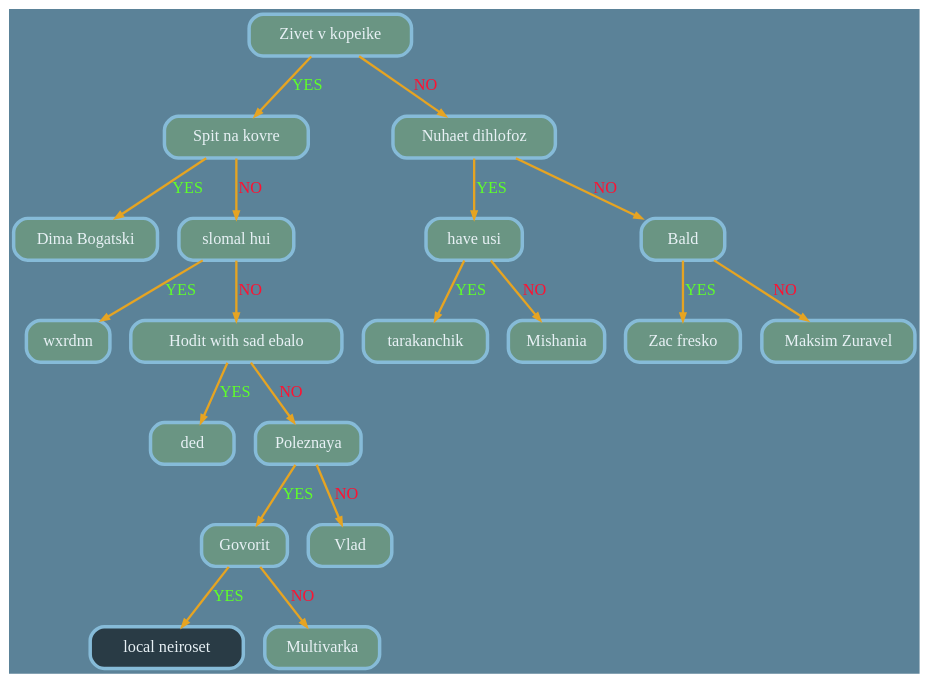
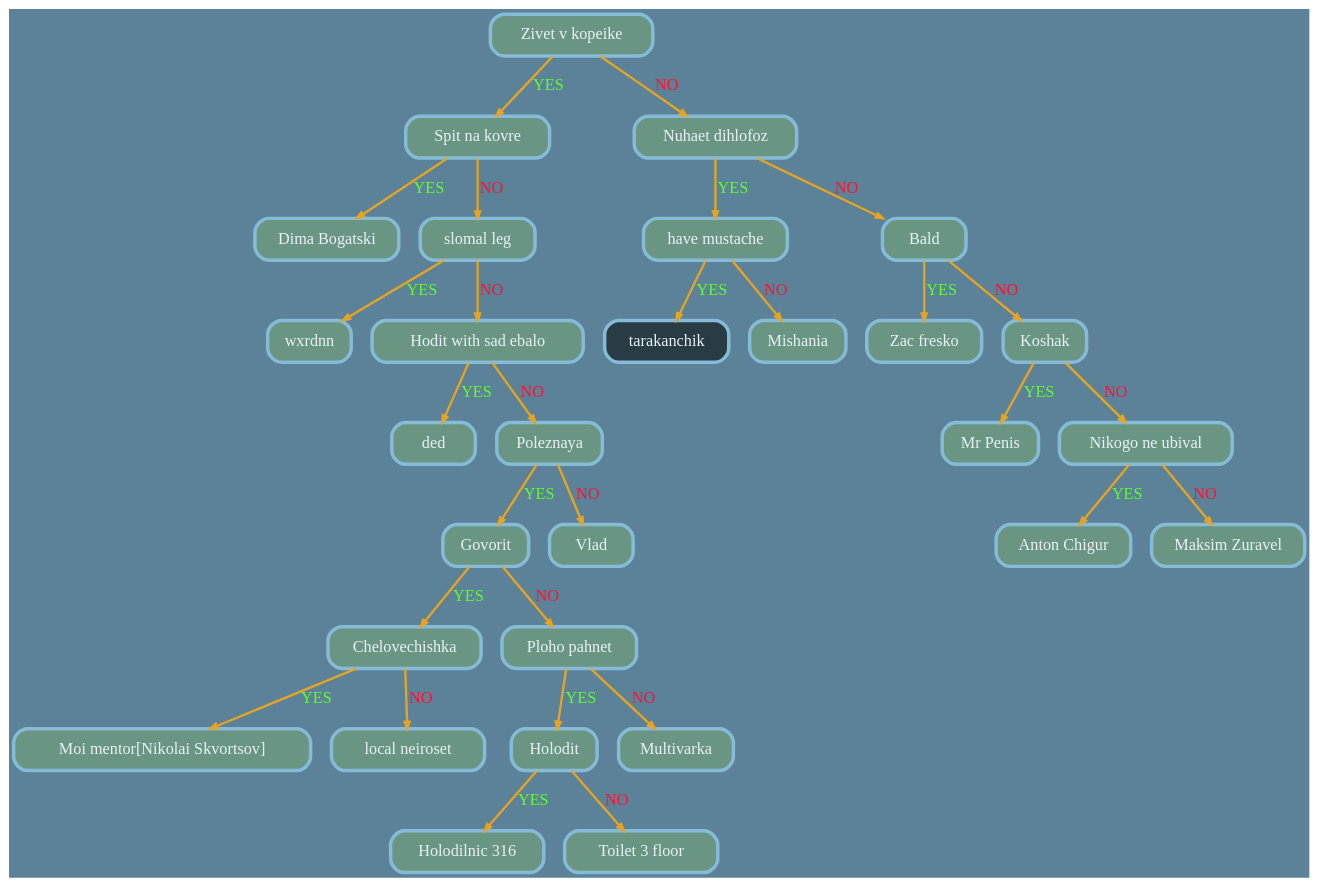
The diagram in out_files/akinator.dot (Knightususa/Tree), drawn with Graphviz before and after one commit. The commit also changed 13 other files, not shown here.

```diff
--- a/out_files/akinator.dot
+++ b/out_files/akinator.dot
@@ -1,51 +1,71 @@
 digraph G {
 splines = line
 	graph [bgcolor = "#5B8298"]
 	node [shape = record, fontname = "Consolas", style = "rounded, filled", height = 0.5, width = 1, color = "#86BBD8", fontcolor = "#E8F1F5", penwidth = 3]
 	edge [color = "#2F4858", fontcolor = "#2F4858", penwidth = 2, arrowsize = 0.6];
 
 
 	node [fillcolor = "#78a5728b"]
-	1697743591008 [label = "Zivet v kopeike"]
-	1697743591056 [label = "Spit na kovre"]
-	1697743589856 [label = "Dima Bogatski"]
-	1697743591152 [label = "slomal hui"]
-	1697743589424 [label = "wxrdnn"]
-	1697743591248 [label = "Hodit with sad ebalo"]
-	1697743589616 [label = "ded"]
-	1697743589952 [label = "Poleznaya"]
-	1697743589760 [label = "Govorit"]
+	2193539036832 [label = "Zivet v kopeike"]
+	2193539035488 [label = "Spit na kovre"]
+	2193539036880 [label = "Dima Bogatski"]
+	2193539035632 [label = "slomal leg"]
+	2193539036928 [label = "wxrdnn"]
+	2193539035920 [label = "Hodit with sad ebalo"]
+	2193539036160 [label = "ded"]
+	2193539035536 [label = "Poleznaya"]
+	2193539035728 [label = "Govorit"]
+	2193539035824 [label = "Chelovechishka"]
+	2193539036544 [label = "Moi mentor[Nikolai Skvortsov]"]
+	2193539035584 [label = "local neiroset"]
+	2193539036064 [label = "Ploho pahnet"]
+	2193539035680 [label = "Holodit"]
+	2193539036784 [label = "Holodilnic 316"]
+	2193539036112 [label = "Toilet 3 floor"]
+	2193539036448 [label = "Multivarka"]
+	2193539035392 [label = "Vlad"]
+	2193539037024 [label = "Nuhaet dihlofoz"]
+	2193539035296 [label = "have mustache"]
 
 	node [fillcolor = "#0000008b"]
-	1697743589664 [label = "local neiroset"]
+	2193539036208 [label = "tarakanchik"]
 
 	node [fillcolor = "#78a5728b"]
-	1697743590864 [label = "Multivarka"]
-	1697743590192 [label = "Vlad"]
-	1697743590000 [label = "Nuhaet dihlofoz"]
-	1697743589472 [label = "have usi"]
-	1697743589568 [label = "tarakanchik"]
-	1697743589712 [label = "Mishania"]
-	1697743590048 [label = "Bald"]
-	1697743590528 [label = "Zac fresko"]
-	1697743590960 [label = "Maksim Zuravel"]
+	2193539036352 [label = "Mishania"]
+	2193539036304 [label = "Bald"]
+	2193539036016 [label = "Zac fresko"]
+	2193539035872 [label = "Koshak"]
+	2193539035968 [label = "Mr Penis"]
+	2193539036256 [label = "Nikogo ne ubival"]
+	2193539035776 [label = "Anton Chigur"]
+	2193539036400 [label = "Maksim Zuravel"]
 
-	1697743591008 -> 1697743591056 [color = "#e6a422", label = "YES",  fontcolor = "#5fff29"];
-	1697743591008 -> 1697743590000 [color = "#e6a422", label = "NO", fontcolor = "#ff1131"];
-	1697743591056 -> 1697743589856 [color = "#e6a422", label = "YES",  fontcolor = "#5fff29"];
-	1697743591056 -> 1697743591152 [color = "#e6a422", label = "NO", fontcolor = "#ff1131"];
-	1697743591152 -> 1697743589424 [color = "#e6a422", label = "YES",  fontcolor = "#5fff29"];
-	1697743591152 -> 1697743591248 [color = "#e6a422", label = "NO", fontcolor = "#ff1131"];
-	1697743591248 -> 1697743589616 [color = "#e6a422", label = "YES",  fontcolor = "#5fff29"];
-	1697743591248 -> 1697743589952 [color = "#e6a422", label = "NO", fontcolor = "#ff1131"];
-	1697743589952 -> 1697743589760 [color = "#e6a422", label = "YES",  fontcolor = "#5fff29"];
-	1697743589952 -> 1697743590192 [color = "#e6a422", label = "NO", fontcolor = "#ff1131"];
-	1697743589760 -> 1697743589664 [color = "#e6a422", label = "YES",  fontcolor = "#5fff29"];
-	1697743589760 -> 1697743590864 [color = "#e6a422", label = "NO", fontcolor = "#ff1131"];
-	1697743590000 -> 1697743589472 [color = "#e6a422", label = "YES",  fontcolor = "#5fff29"];
-	1697743590000 -> 1697743590048 [color = "#e6a422", label = "NO", fontcolor = "#ff1131"];
-	1697743589472 -> 1697743589568 [color = "#e6a422", label = "YES",  fontcolor = "#5fff29"];
-	1697743589472 -> 1697743589712 [color = "#e6a422", label = "NO", fontcolor = "#ff1131"];
-	1697743590048 -> 1697743590528 [color = "#e6a422", label = "YES",  fontcolor = "#5fff29"];
-	1697743590048 -> 1697743590960 [color = "#e6a422", label = "NO", fontcolor = "#ff1131"];
+	2193539036832 -> 2193539035488 [color = "#e6a422", label = "YES",  fontcolor = "#5fff29"];
+	2193539036832 -> 2193539037024 [color = "#e6a422", label = "NO", fontcolor = "#ff1131"];
+	2193539035488 -> 2193539036880 [color = "#e6a422", label = "YES",  fontcolor = "#5fff29"];
+	2193539035488 -> 2193539035632 [color = "#e6a422", label = "NO", fontcolor = "#ff1131"];
+	2193539035632 -> 2193539036928 [color = "#e6a422", label = "YES",  fontcolor = "#5fff29"];
+	2193539035632 -> 2193539035920 [color = "#e6a422", label = "NO", fontcolor = "#ff1131"];
+	2193539035920 -> 2193539036160 [color = "#e6a422", label = "YES",  fontcolor = "#5fff29"];
+	2193539035920 -> 2193539035536 [color = "#e6a422", label = "NO", fontcolor = "#ff1131"];
+	2193539035536 -> 2193539035728 [color = "#e6a422", label = "YES",  fontcolor = "#5fff29"];
+	2193539035536 -> 2193539035392 [color = "#e6a422", label = "NO", fontcolor = "#ff1131"];
+	2193539035728 -> 2193539035824 [color = "#e6a422", label = "YES",  fontcolor = "#5fff29"];
+	2193539035728 -> 2193539036064 [color = "#e6a422", label = "NO", fontcolor = "#ff1131"];
+	2193539035824 -> 2193539036544 [color = "#e6a422", label = "YES",  fontcolor = "#5fff29"];
+	2193539035824 -> 2193539035584 [color = "#e6a422", label = "NO", fontcolor = "#ff1131"];
+	2193539036064 -> 2193539035680 [color = "#e6a422", label = "YES",  fontcolor = "#5fff29"];
+	2193539036064 -> 2193539036448 [color = "#e6a422", label = "NO", fontcolor = "#ff1131"];
+	2193539035680 -> 2193539036784 [color = "#e6a422", label = "YES",  fontcolor = "#5fff29"];
+	2193539035680 -> 2193539036112 [color = "#e6a422", label = "NO", fontcolor = "#ff1131"];
+	2193539037024 -> 2193539035296 [color = "#e6a422", label = "YES",  fontcolor = "#5fff29"];
+	2193539037024 -> 2193539036304 [color = "#e6a422", label = "NO", fontcolor = "#ff1131"];
+	2193539035296 -> 2193539036208 [color = "#e6a422", label = "YES",  fontcolor = "#5fff29"];
+	2193539035296 -> 2193539036352 [color = "#e6a422", label = "NO", fontcolor = "#ff1131"];
+	2193539036304 -> 2193539036016 [color = "#e6a422", label = "YES",  fontcolor = "#5fff29"];
+	2193539036304 -> 2193539035872 [color = "#e6a422", label = "NO", fontcolor = "#ff1131"];
+	2193539035872 -> 2193539035968 [color = "#e6a422", label = "YES",  fontcolor = "#5fff29"];
+	2193539035872 -> 2193539036256 [color = "#e6a422", label = "NO", fontcolor = "#ff1131"];
+	2193539036256 -> 2193539035776 [color = "#e6a422", label = "YES",  fontcolor = "#5fff29"];
+	2193539036256 -> 2193539036400 [color = "#e6a422", label = "NO", fontcolor = "#ff1131"];
 }
```
